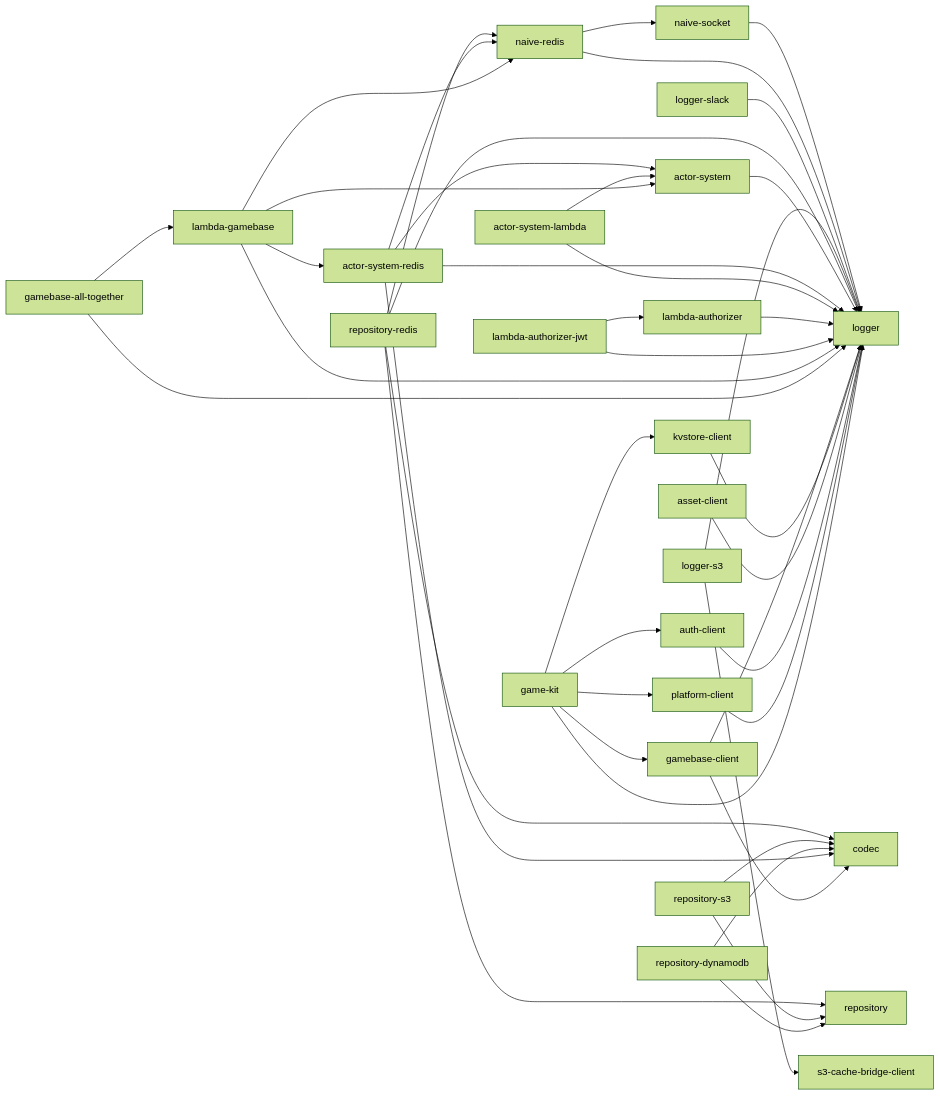
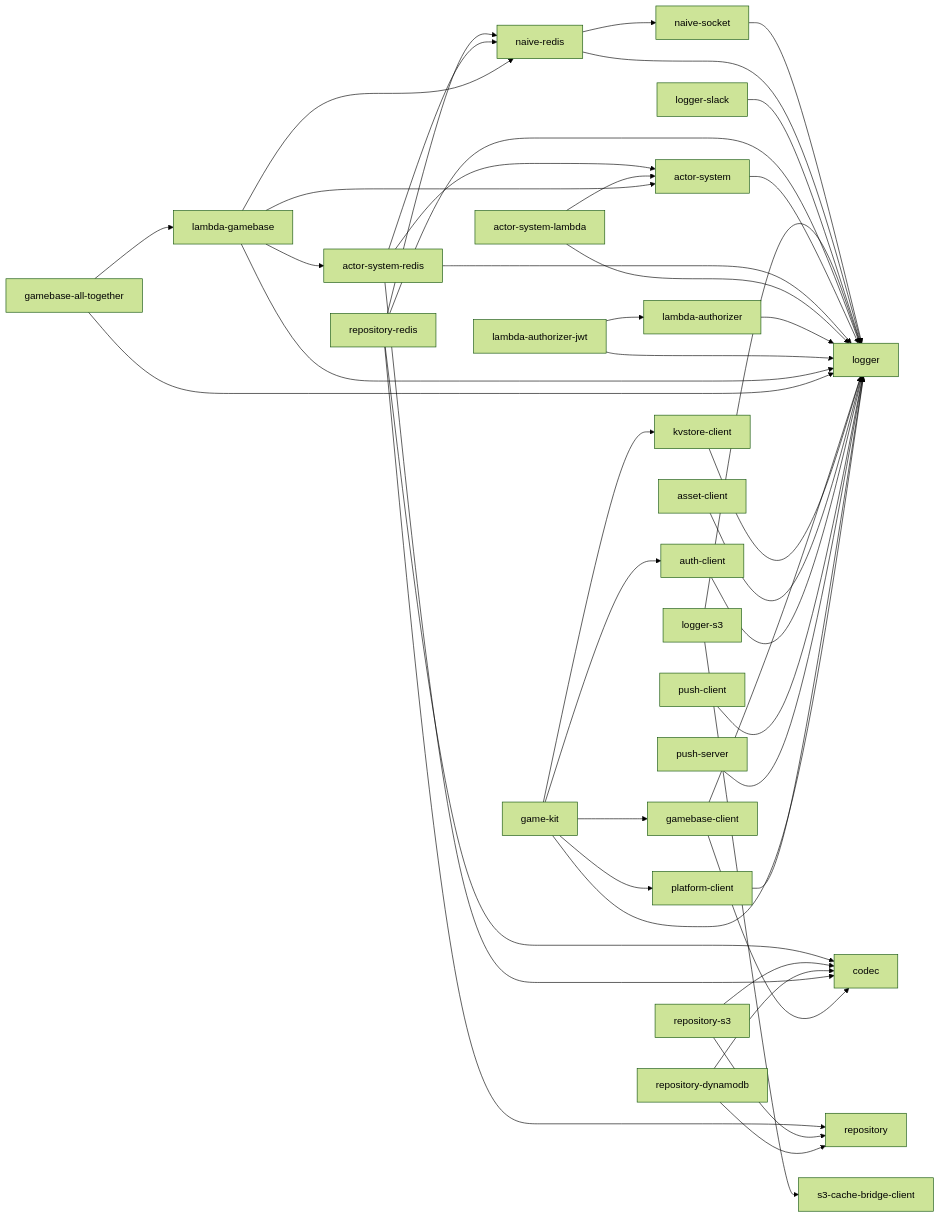
The diagram in README.md (yingyeothon/tslib), drawn with Mermaid (forest theme) before and after one commit. The commit also changed other lines of this file and 28 other files, not shown here.

Commit message:
Add Android push client and server packages

````diff
--- a/README.md
+++ b/README.md
@@ -56,44 +58,46 @@
 ```mermaid
 graph LR
   naive-socket --> logger
   naive-redis --> logger
   naive-redis --> naive-socket
   logger-slack --> logger
   logger-s3 --> logger
   logger-s3 --> s3-cache-bridge-client
   repository-redis --> codec
   repository-redis --> logger
   repository-redis --> naive-redis
   repository-redis --> repository
   repository-s3 --> codec
   repository-s3 --> repository
   repository-dynamodb --> codec
   repository-dynamodb --> repository
   actor-system --> logger
   actor-system-redis --> actor-system
   actor-system-redis --> codec
   actor-system-redis --> logger
   actor-system-redis --> naive-redis
   actor-system-lambda --> actor-system
   actor-system-lambda --> logger
   lambda-authorizer --> logger
   lambda-authorizer-jwt --> lambda-authorizer
   lambda-authorizer-jwt --> logger
   lambda-gamebase --> actor-system
   lambda-gamebase --> actor-system-redis
   lambda-gamebase --> logger
   lambda-gamebase --> naive-redis
   gamebase-all-together --> lambda-gamebase
   gamebase-all-together --> logger
   gamebase-client --> codec
   gamebase-client --> logger
   kvstore-client --> logger
   asset-client --> logger
   auth-client --> logger
+  push-client --> logger
+  push-server --> logger
   platform-client --> logger
   game-kit --> auth-client
   game-kit --> platform-client
   game-kit --> kvstore-client
   game-kit --> gamebase-client
   game-kit --> logger
 ```
````
